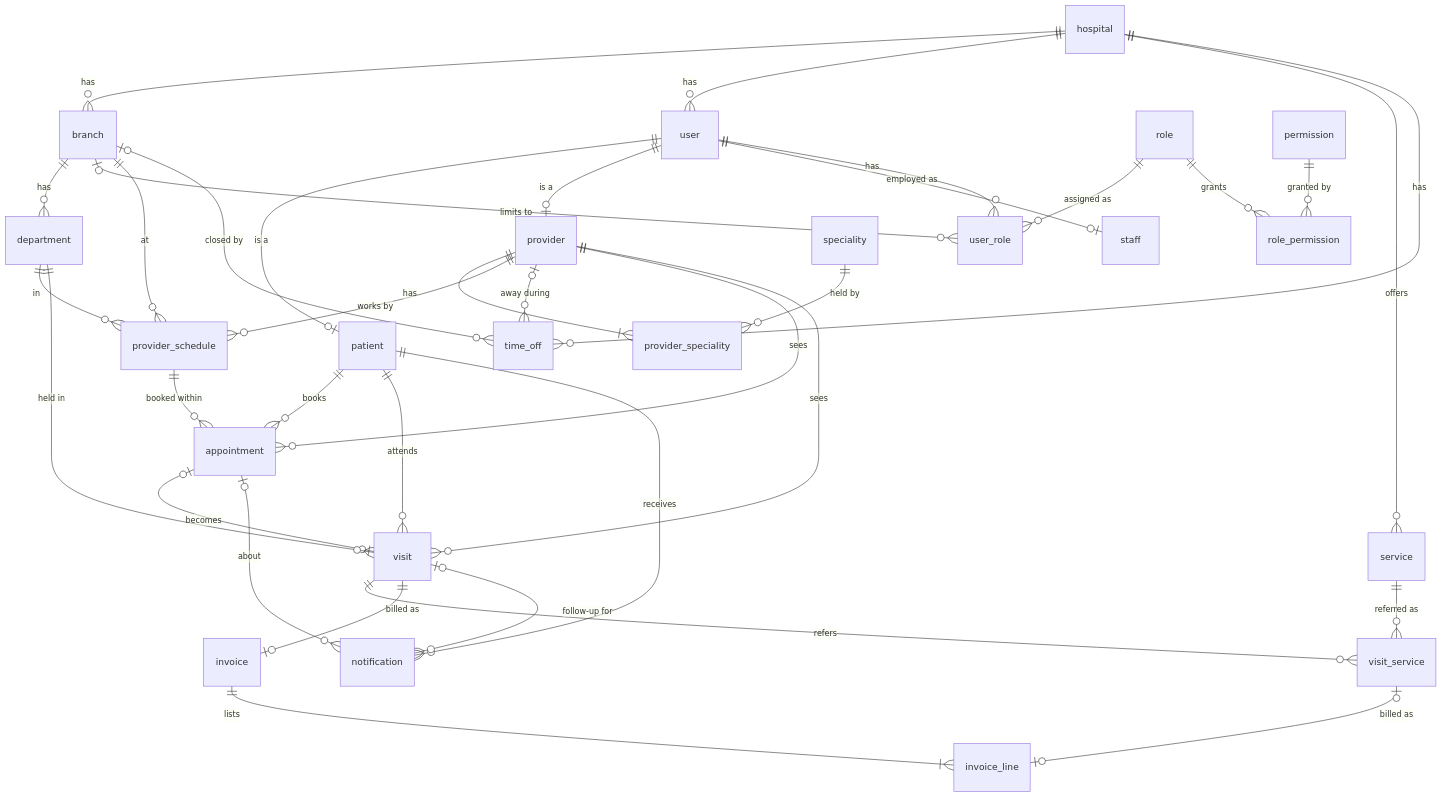
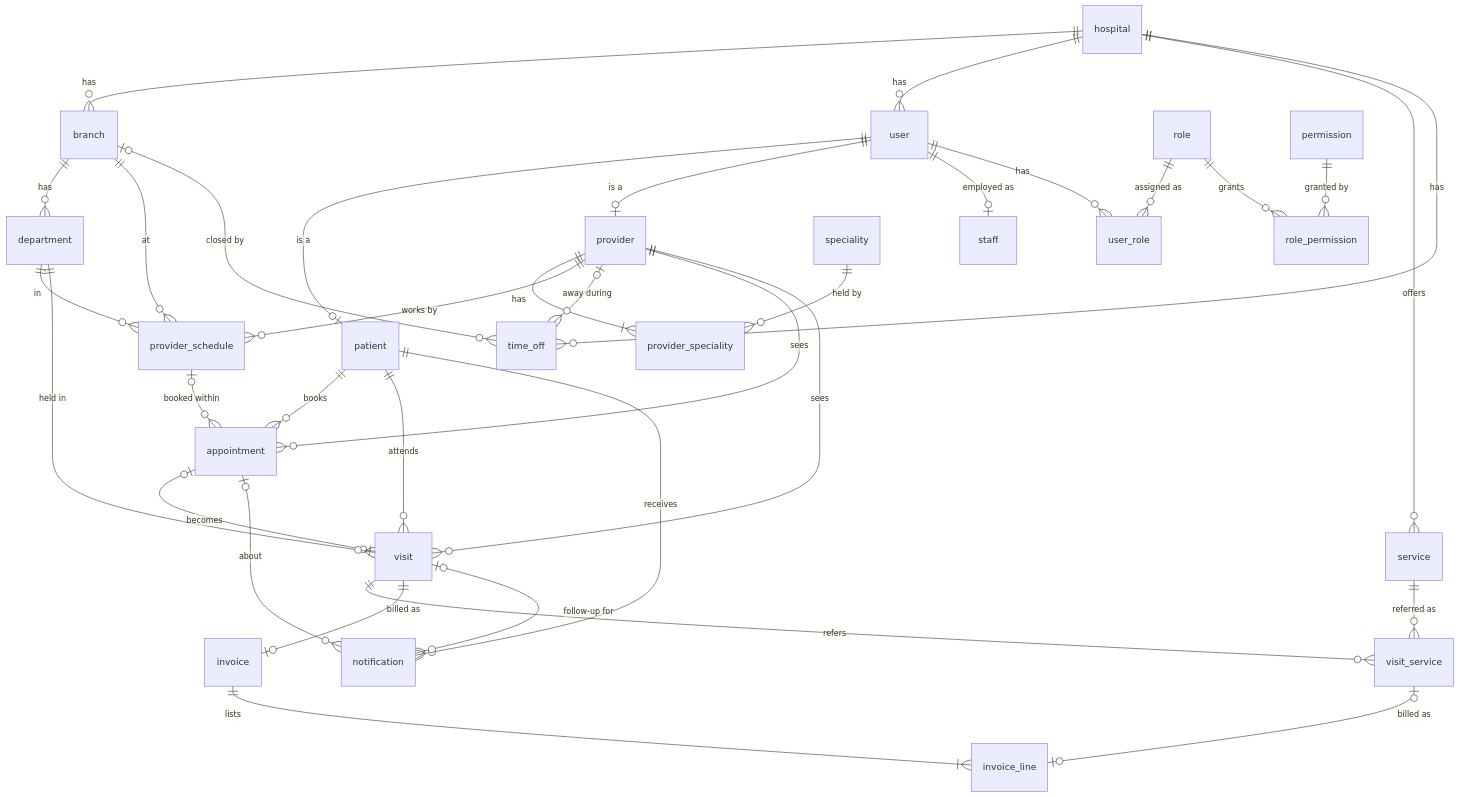
One commit to TalhaMunawar01/smart-health changed the first of 5 diagrams in docs/erd.md. Above: the diagram before and after it, drawn with Mermaid. The commit also changed other lines of this file, not shown here.

````diff
--- a/docs/erd.md
+++ b/docs/erd.md
@@ -48,38 +55,37 @@
 ```mermaid
 erDiagram
   hospital ||--o{ branch : "has"
   branch ||--o{ department : "has"
   hospital ||--o{ user : "has"
   hospital ||--o{ service : "offers"
   user ||--o| patient : "is a"
   user ||--o| provider : "is a"
   user ||--o| staff : "employed as"
   user ||--o{ user_role : "has"
   role ||--o{ user_role : "assigned as"
-  branch |o--o{ user_role : "limits to"
   role ||--o{ role_permission : "grants"
   permission ||--o{ role_permission : "granted by"
   provider ||--|{ provider_speciality : "has"
   speciality ||--o{ provider_speciality : "held by"
   provider ||--o{ provider_schedule : "works by"
   branch ||--o{ provider_schedule : "at"
   department ||--o{ provider_schedule : "in"
   hospital ||--o{ time_off : "has"
   branch |o--o{ time_off : "closed by"
   provider |o--o{ time_off : "away during"
-  provider_schedule ||--o{ appointment : "booked within"
+  provider_schedule |o--o{ appointment : "booked within"
   patient ||--o{ appointment : "books"
   provider ||--o{ appointment : "sees"
   appointment |o--o| visit : "becomes"
   patient ||--o{ visit : "attends"
   provider ||--o{ visit : "sees"
   department ||--o{ visit : "held in"
   visit ||--o{ visit_service : "refers"
   service ||--o{ visit_service : "referred as"
   visit ||--o| invoice : "billed as"
   invoice ||--|{ invoice_line : "lists"
   visit_service |o--o| invoice_line : "billed as"
   patient ||--o{ notification : "receives"
   appointment |o--o{ notification : "about"
   visit |o--o{ notification : "follow-up for"
 ```
````
